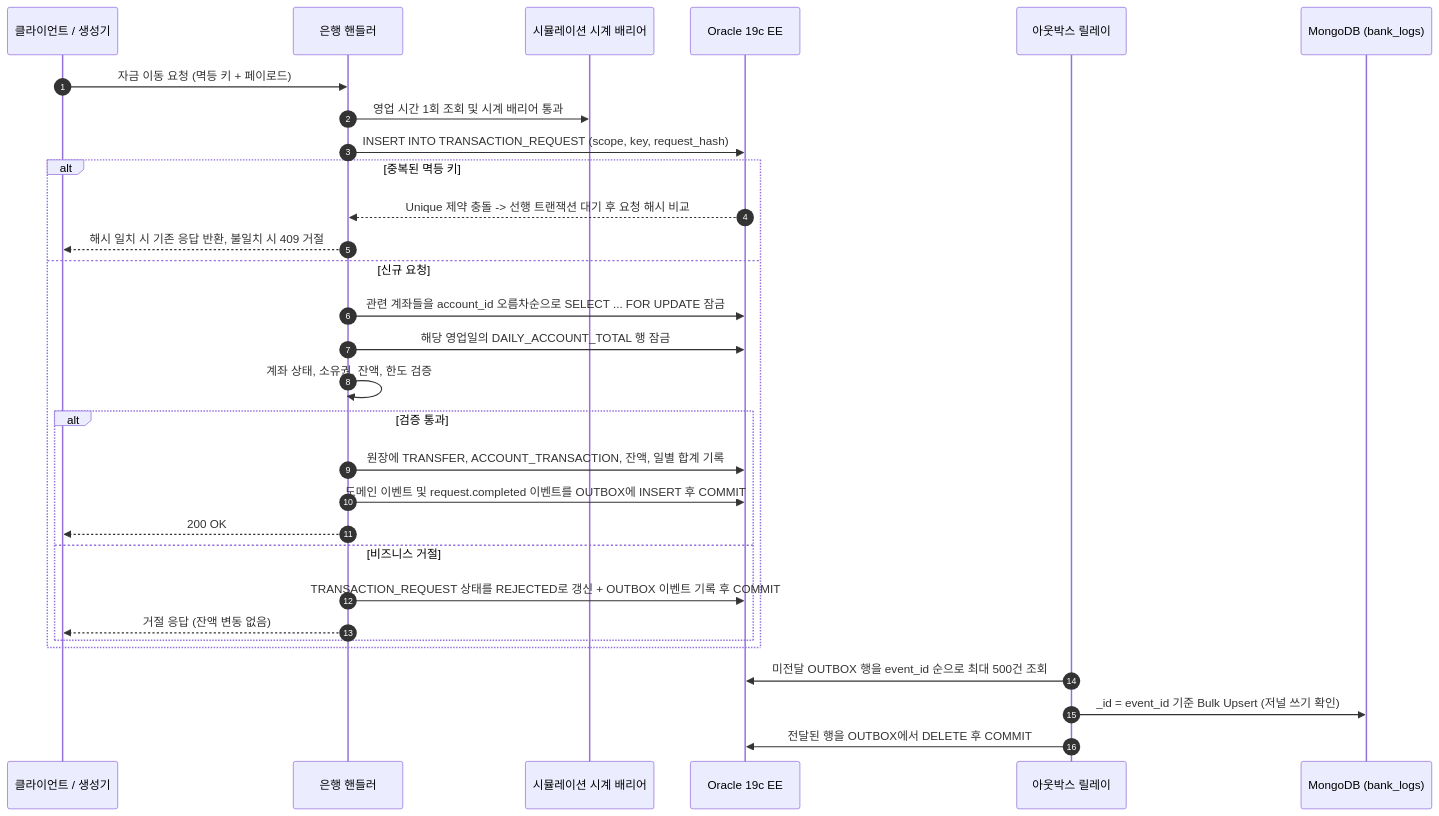
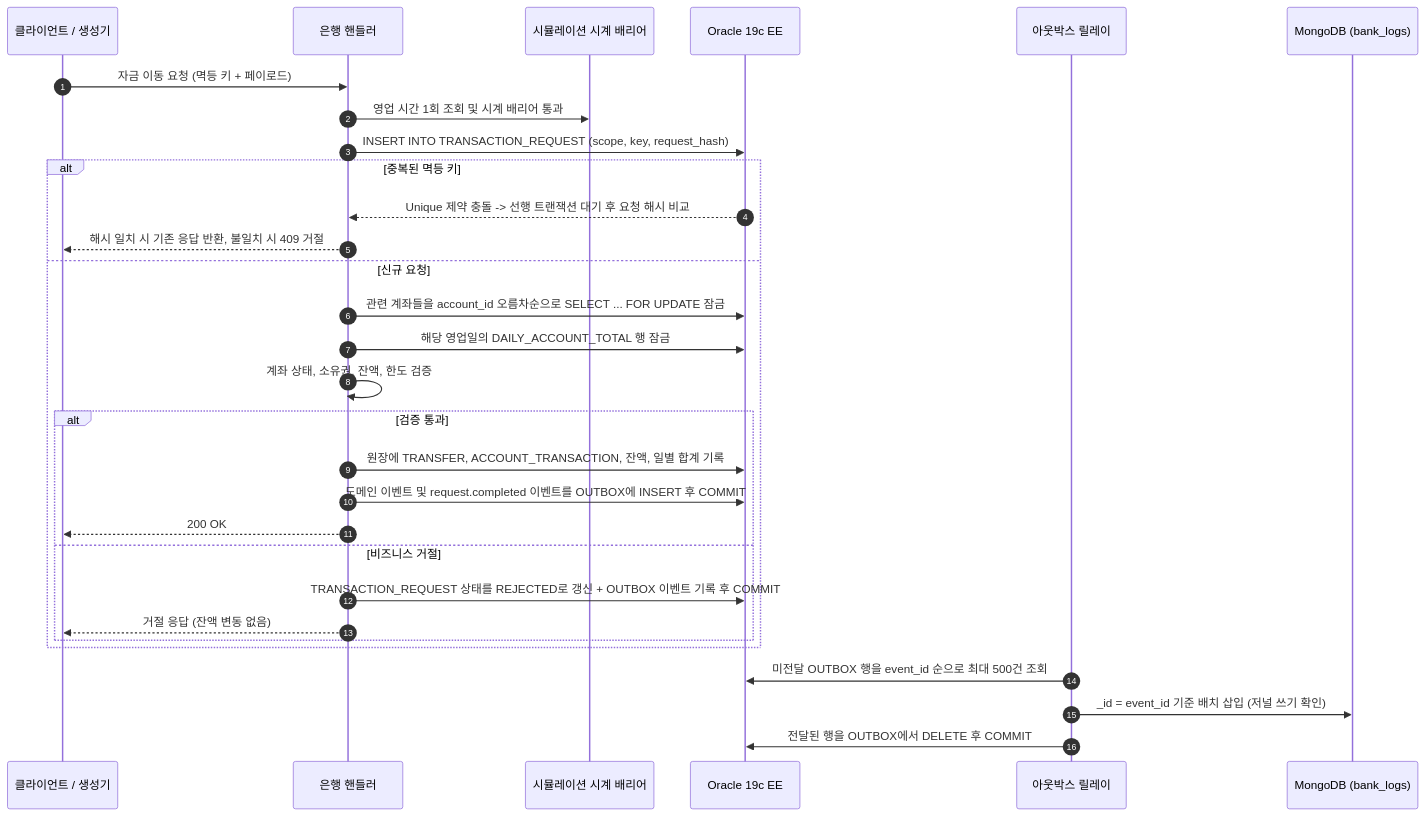
One commit to naelonambul/saltation changed the second of 2 diagrams in README.ko.md. Above: the diagram before and after it, drawn with Mermaid. The commit also changed other lines of this file and 1 other file, not shown here.

````diff
--- a/README.ko.md
+++ b/README.ko.md
@@ -139,33 +139,33 @@
 ```mermaid
 sequenceDiagram
   autonumber
   participant C as 클라이언트 / 생성기
   participant B as 은행 핸들러
   participant Clk as 시뮬레이션 시계 배리어
   participant O as Oracle 19c EE
   participant R as 아웃박스 릴레이
   participant M as MongoDB (bank_logs)
 
   C->>B: 자금 이동 요청 (멱등 키 + 페이로드)
   B->>Clk: 영업 시간 1회 조회 및 시계 배리어 통과
   B->>O: INSERT INTO TRANSACTION_REQUEST (scope, key, request_hash)
   alt 중복된 멱등 키
     O-->>B: Unique 제약 충돌 -> 선행 트랜잭션 대기 후 요청 해시 비교
     B-->>C: 해시 일치 시 기존 응답 반환, 불일치 시 409 거절
   else 신규 요청
     B->>O: 관련 계좌들을 account_id 오름차순으로 SELECT ... FOR UPDATE 잠금
     B->>O: 해당 영업일의 DAILY_ACCOUNT_TOTAL 행 잠금
     B->>B: 계좌 상태, 소유권, 잔액, 한도 검증
     alt 검증 통과
       B->>O: 원장에 TRANSFER, ACCOUNT_TRANSACTION, 잔액, 일별 합계 기록
       B->>O: 도메인 이벤트 및 request.completed 이벤트를 OUTBOX에 INSERT 후 COMMIT
       B-->>C: 200 OK
     else 비즈니스 거절
       B->>O: TRANSACTION_REQUEST 상태를 REJECTED로 갱신 + OUTBOX 이벤트 기록 후 COMMIT
       B-->>C: 거절 응답 (잔액 변동 없음)
     end
   end
   R->>O: 미전달 OUTBOX 행을 event_id 순으로 최대 500건 조회
-  R->>M: _id = event_id 기준 Bulk Upsert (저널 쓰기 확인)
+  R->>M: _id = event_id 기준 배치 삽입 (저널 쓰기 확인)
   R->>O: 전달된 행을 OUTBOX에서 DELETE 후 COMMIT
 ```
````
